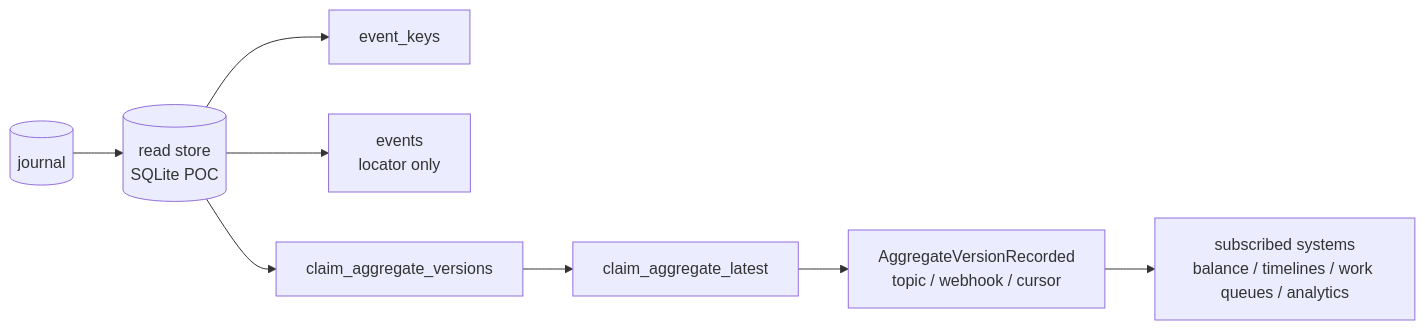
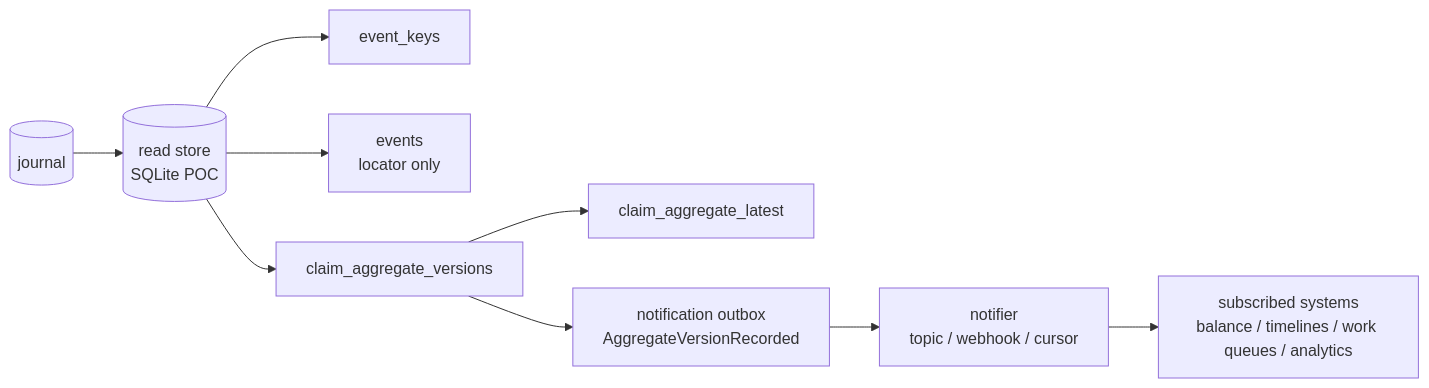
One commit to AlexJReid/scribe changed the second of 2 diagrams in theory.md. Above: the diagram before and after it, drawn with Mermaid. The commit also changed other lines of this file and 13 other files, not shown here.

````diff
--- a/theory.md
+++ b/theory.md
@@ -66,19 +68,21 @@
 ```mermaid
 flowchart LR
     journal[("journal")]
     store[("read store<br/>SQLite POC")]
     keys["event_keys"]
     events["events<br/>locator only"]
     versions["claim_aggregate_versions"]
     latest["claim_aggregate_latest"]
-    notify["AggregateVersionRecorded<br/>topic / webhook / cursor"]
+    outbox["notification outbox<br/>AggregateVersionRecorded"]
+    notify["notifier<br/>topic / webhook / cursor"]
     subscribers["subscribed systems<br/>balance / timelines / work queues / analytics"]
 
     journal --> store
     store --> keys
     store --> events
     store --> versions
     versions --> latest
-    latest --> notify
+    versions --> outbox
+    outbox --> notify
     notify --> subscribers
 ```
````
